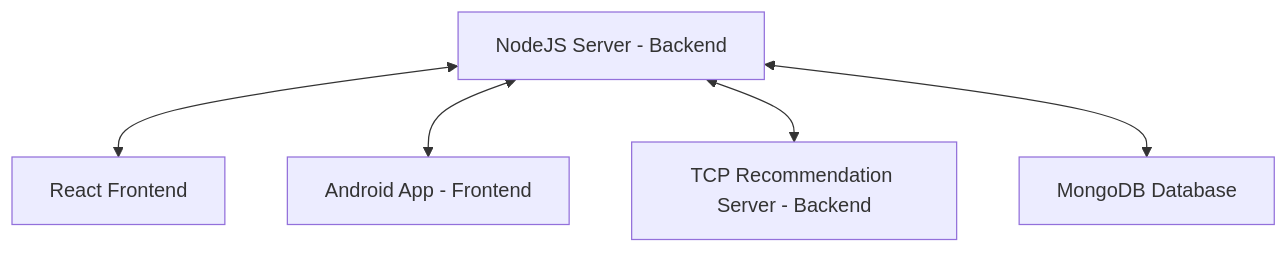
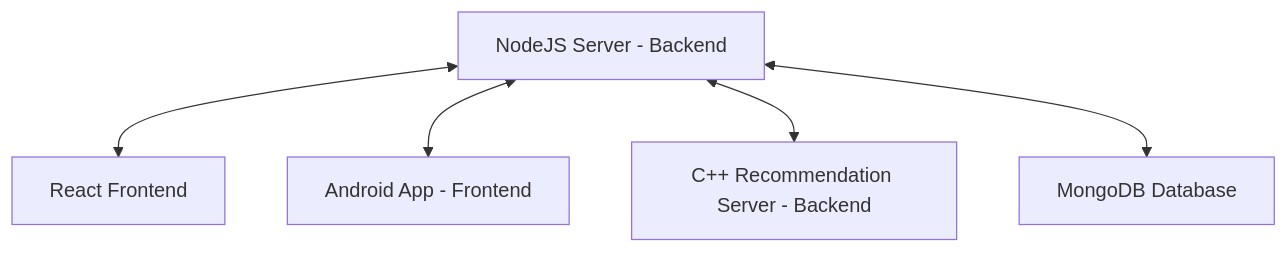
Before and after one commit to Mzhenian/CrispyCrumbsServer: the diagram in README.md, drawn with Mermaid. The commit also changed other lines of this file, not shown here.

````diff
--- a/README.md
+++ b/README.md
@@ -86,7 +87,7 @@
 ```mermaid
 graph TD;
     NodeJS_Server["NodeJS Server - Backend"] <--> React_Web["React Frontend"];
     NodeJS_Server <--> Android_App["Android App - Frontend"];
-    NodeJS_Server <--> TCP_Server["TCP Recommendation Server - Backend"];
+    NodeJS_Server <--> TCP_Server["C++ Recommendation Server - Backend"];
     NodeJS_Server <--> MongoDB["MongoDB Database"];
 ```
````
